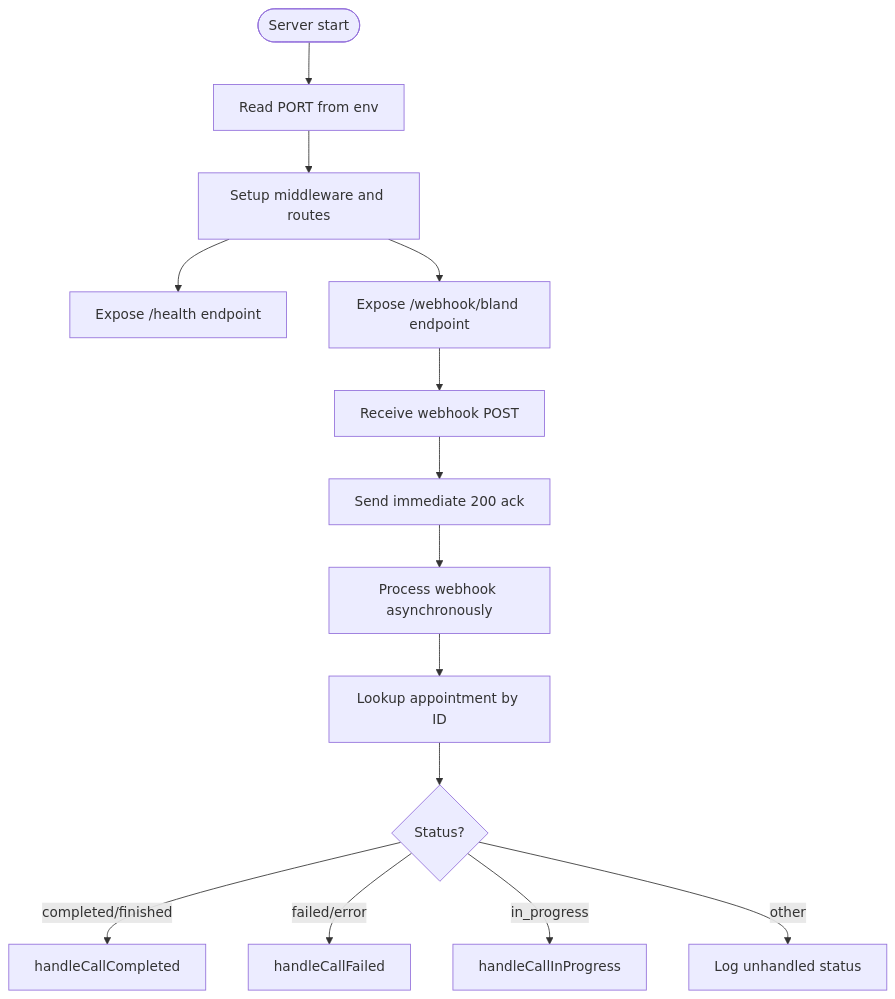
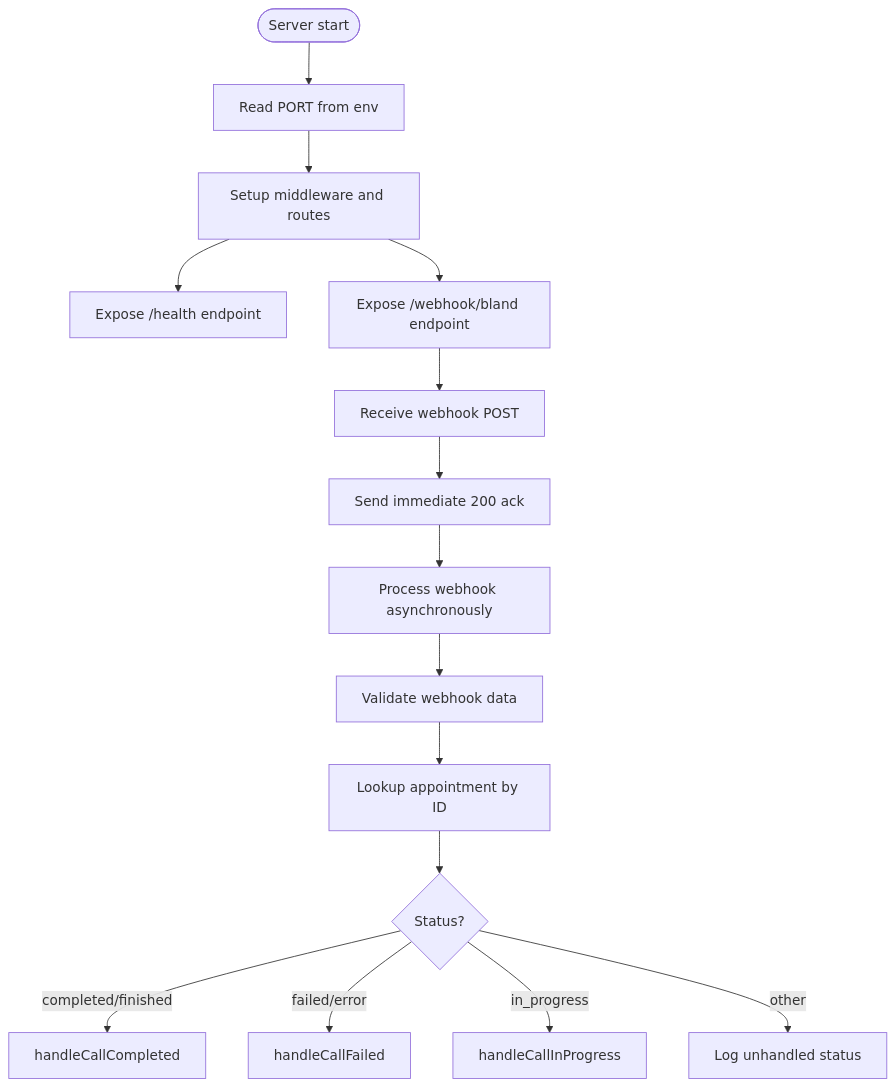
One commit to Armanda888/appointment-voice-agent changed the fourth of 9 diagrams in .qoder/repowiki/en/content/Configuration and Environment Management.md. Above: the diagram before and after it, drawn with Mermaid. The commit also changed other lines of this file and 14 other files, not shown here.

````diff
--- a/.qoder/repowiki/en/content/Configuration and Environment Management.md
+++ b/.qoder/repowiki/en/content/Configuration and Environment Management.md
@@ -226,16 +246,17 @@
 ```mermaid
 flowchart TD
 Start(["Server start"]) --> ReadPort["Read PORT from env"]
 ReadPort --> SetupMW["Setup middleware and routes"]
 SetupMW --> ExposeHealth["Expose /health endpoint"]
 SetupMW --> ExposeWebhook["Expose /webhook/bland endpoint"]
 ExposeWebhook --> ReceiveReq["Receive webhook POST"]
 ReceiveReq --> Ack["Send immediate 200 ack"]
 Ack --> ProcessAsync["Process webhook asynchronously"]
-ProcessAsync --> LookupApt["Lookup appointment by ID"]
+ProcessAsync --> ValidateEvent["Validate webhook data"]
+ValidateEvent --> LookupApt["Lookup appointment by ID"]
 LookupApt --> HandleStatus{"Status?"}
 HandleStatus --> |completed/finished| Completed["handleCallCompleted"]
 HandleStatus --> |failed/error| Failed["handleCallFailed"]
 HandleStatus --> |in_progress| InProgress["handleCallInProgress"]
 HandleStatus --> |other| Unhandled["Log unhandled status"]
 ```
````
